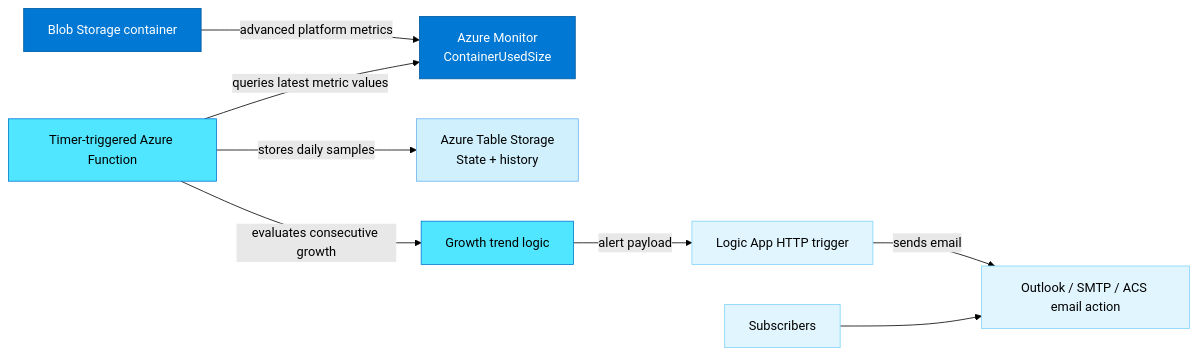
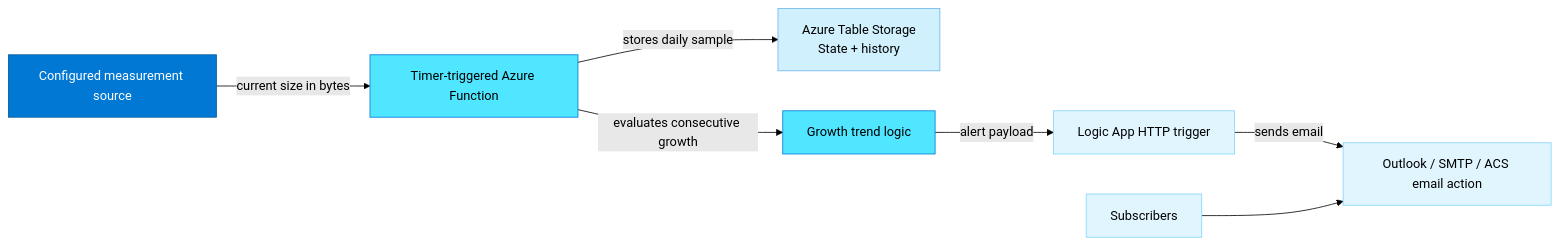
Before and after one commit to chenyupao/azblob-storage-monitor: the first of 3 diagrams in README.md, drawn with Mermaid (forest theme). The commit also changed other lines of this file and 11 other files, not shown here.

````diff
--- a/README.md
+++ b/README.md
@@ -9,20 +12,19 @@
 ```mermaid
 flowchart LR
-    A[Blob Storage container] -->|advanced platform metrics| B[Azure Monitor\nContainerUsedSize]
-    C[Timer-triggered Azure Function] -->|queries latest metric values| B
-    C -->|stores daily samples| D[Azure Table Storage\nState + history]
-    C -->|evaluates consecutive growth| E[Growth trend logic]
-    E -->|alert payload| F[Logic App HTTP trigger]
-    F -->|sends email| G[Outlook / SMTP / ACS email action]
-    H[Subscribers] --> G
+    A[Configured measurement source] -->|current size in bytes| B[Timer-triggered Azure Function]
+    B -->|stores daily sample| C[Azure Table Storage\nState + history]
+    B -->|evaluates consecutive growth| D[Growth trend logic]
+    D -->|alert payload| E[Logic App HTTP trigger]
+    E -->|sends email| F[Outlook / SMTP / ACS email action]
+    G[Subscribers] --> F
 
     classDef azure fill:#0078D4,color:#fff,stroke:#005A9E;
     classDef app fill:#50E6FF,color:#000,stroke:#0078D4;
     classDef data fill:#D0F0FD,color:#000,stroke:#6CB4EE;
     classDef action fill:#E1F5FE,color:#000,stroke:#81D4FA;
 
-    class A,B azure;
-    class C,E app;
-    class D data;
-    class F,G,H action;
+    class A azure;
+    class B,D app;
+    class C data;
+    class E,F,G action;
 ```
````
